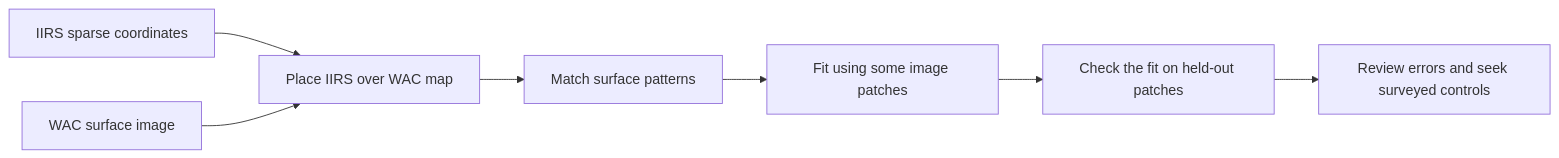
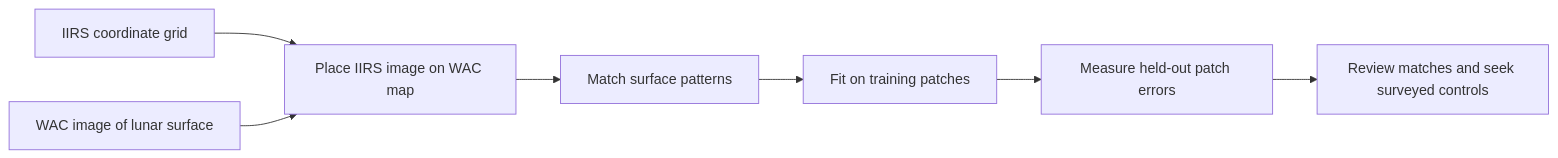
Before and after one commit to qetser/BTP: the second of 2 diagrams in research_guide/README.md, drawn with Mermaid. The commit also changed other lines of this file and 3 other files, not shown here.

````diff
--- a/research_guide/README.md
+++ b/research_guide/README.md
@@ -93,9 +115,9 @@
 ```mermaid
 flowchart LR
-    A[IIRS sparse coordinates] --> C[Place IIRS over WAC map]
-    B[WAC surface image] --> C
+    A[IIRS coordinate grid] --> C[Place IIRS image on WAC map]
+    B[WAC image of lunar surface] --> C
     C --> D[Match surface patterns]
-    D --> E[Fit using some image patches]
-    E --> F[Check the fit on held-out patches]
-    F --> G[Review errors and seek surveyed controls]
+    D --> E[Fit on training patches]
+    E --> F[Measure held-out patch errors]
+    F --> G[Review matches and seek surveyed controls]
 ```
````
